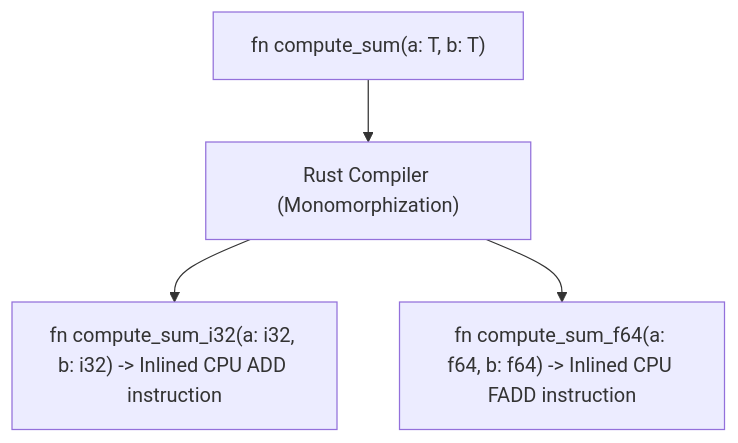
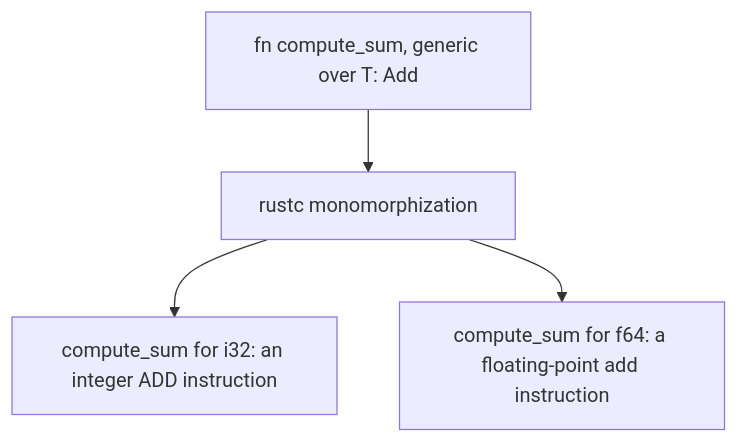
Before and after one commit to TheLearningHubOrg/learn-rust: diagram 20 of 23 in README.md, drawn with Mermaid. The commit also changed other lines of this file and 23 other files, not shown here.

````diff
--- a/README.md
+++ b/README.md
@@ -630,6 +2775,6 @@
 ```mermaid
-graph TD
-    GenericSource["fn compute_sum<T: Add>(a: T, b: T)"] --> Compiler["Rust Compiler (Monomorphization)"]
-    Compiler --> ConcreteI32["fn compute_sum_i32(a: i32, b: i32) -> Inlined CPU ADD instruction"]
-    Compiler --> ConcreteF64["fn compute_sum_f64(a: f64, b: f64) -> Inlined CPU FADD instruction"]
+flowchart TD
+    GenericSource["fn compute_sum, generic over T: Add"] --> Compiler["rustc monomorphization"]
+    Compiler --> ConcreteI32["compute_sum for i32: an integer ADD instruction"]
+    Compiler --> ConcreteF64["compute_sum for f64: a floating-point add instruction"]
 ```
````
